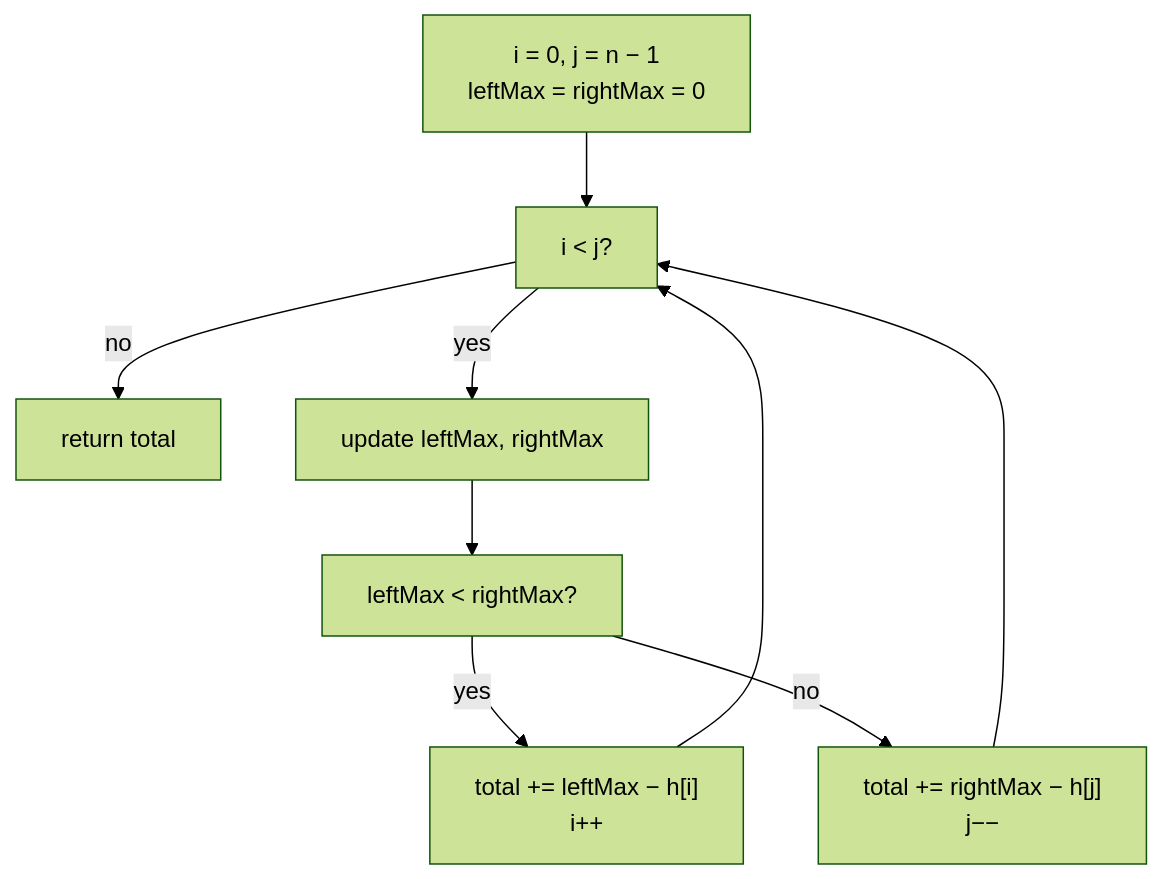
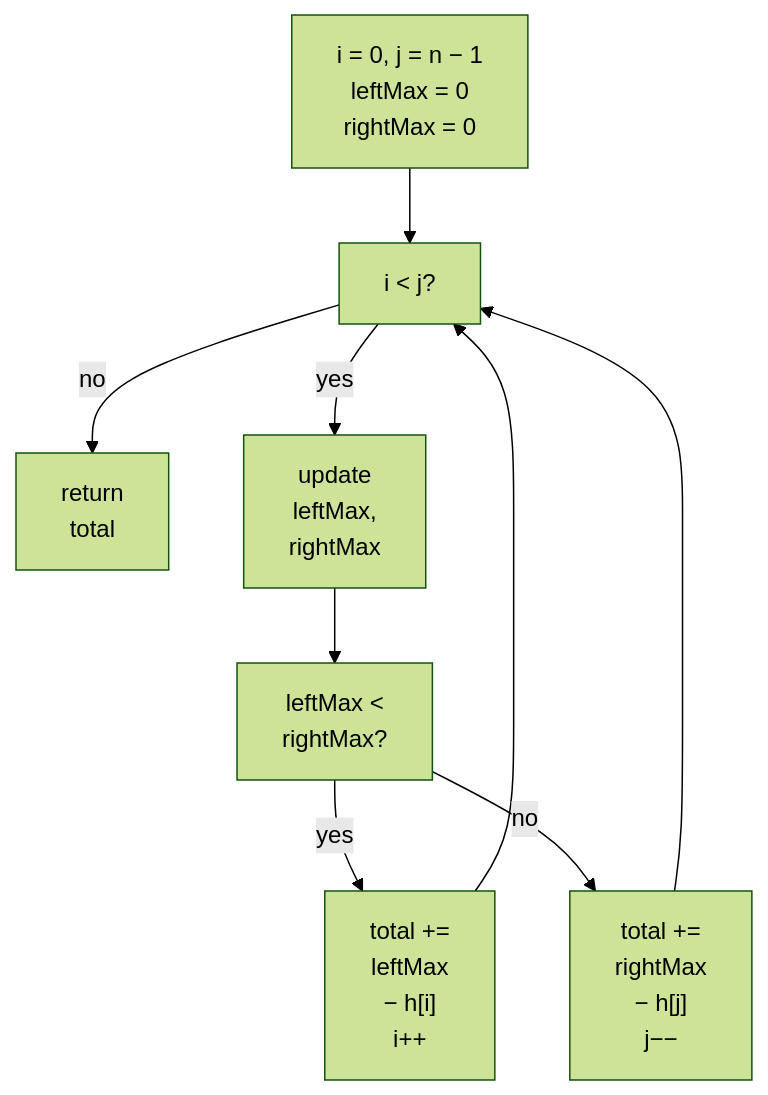
The diagram in content/en/problems/trapping-rain-water.md (duongbui234/software-engineering-atlas), drawn with Mermaid (forest theme) before and after one commit. The commit also changed 134 other files, not shown here.

First line of the commit message:
Fit every Mermaid diagram at 390px without sideways scroll (#56)

````diff
--- a/content/en/problems/trapping-rain-water.md
+++ b/content/en/problems/trapping-rain-water.md
@@ -45,9 +45,9 @@
 ```mermaid
 flowchart TB
-  A["i = 0, j = n − 1<br/>leftMax = rightMax = 0"] --> B["i < j?"]
-  B -->|"no"| R["return total"]
-  B -->|"yes"| C["update leftMax, rightMax"]
-  C --> D["leftMax < rightMax?"]
-  D -->|"yes"| E["total += leftMax − h[i]<br/>i++"] --> B
-  D -->|"no"| F["total += rightMax − h[j]<br/>j−−"] --> B
+  A["i = 0, j = n − 1<br/>leftMax = 0<br/>rightMax = 0"] --> B["i < j?"]
+  B -->|"no"| R["return<br/>total"]
+  B -->|"yes"| C["update<br/>leftMax,<br/>rightMax"]
+  C --> D["leftMax <<br/>rightMax?"]
+  D -->|"yes"| E["total +=<br/>leftMax<br/>− h[i]<br/>i++"] --> B
+  D -->|"no"| F["total +=<br/>rightMax<br/>− h[j]<br/>j−−"] --> B
 ```
````
